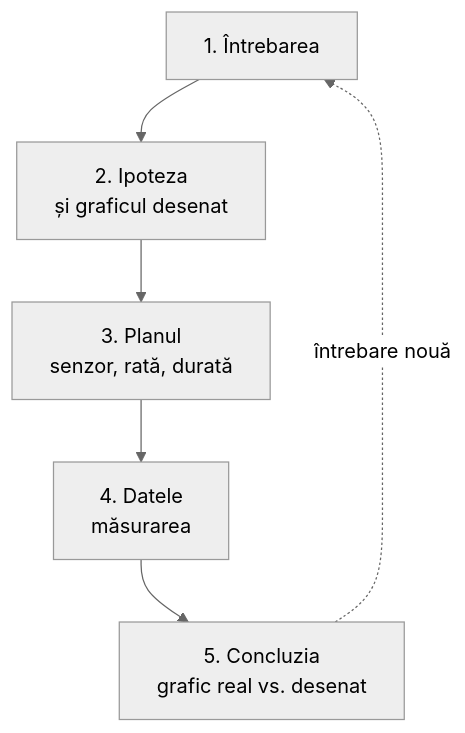
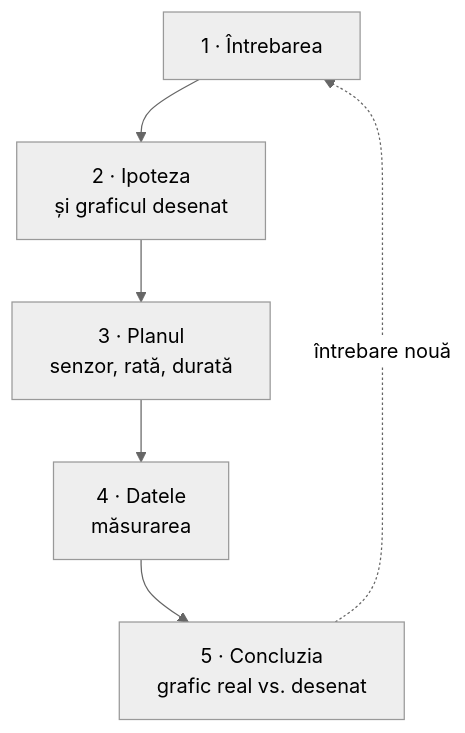
Before and after one commit to nudoarmetudor/ghid-labdisc: the diagram in sursa/content/la-clasa/metodologie/ciclul-investigatiei.md, drawn with Mermaid (neutral theme). The commit also changed 3 other files, not shown here.

First line of the commit message:
Diagramele: etichete numerotate reparate, fontul ghidului; README

````diff
--- a/sursa/content/la-clasa/metodologie/ciclul-investigatiei.md
+++ b/sursa/content/la-clasa/metodologie/ciclul-investigatiei.md
@@ -14,8 +14,8 @@
 ```mermaid
 flowchart TD
-  Q["1. Întrebarea"] --> H["2. Ipoteza<br/>și graficul desenat"]
-  H --> P["3. Planul<br/>senzor, rată, durată"]
-  P --> D["4. Datele<br/>măsurarea"]
-  D --> C["5. Concluzia<br/>grafic real vs. desenat"]
+  Q["1 · Întrebarea"] --> H["2 · Ipoteza<br/>și graficul desenat"]
+  H --> P["3 · Planul<br/>senzor, rată, durată"]
+  P --> D["4 · Datele<br/>măsurarea"]
+  D --> C["5 · Concluzia<br/>grafic real vs. desenat"]
   C -.->|"întrebare nouă"| Q
 ```
````
